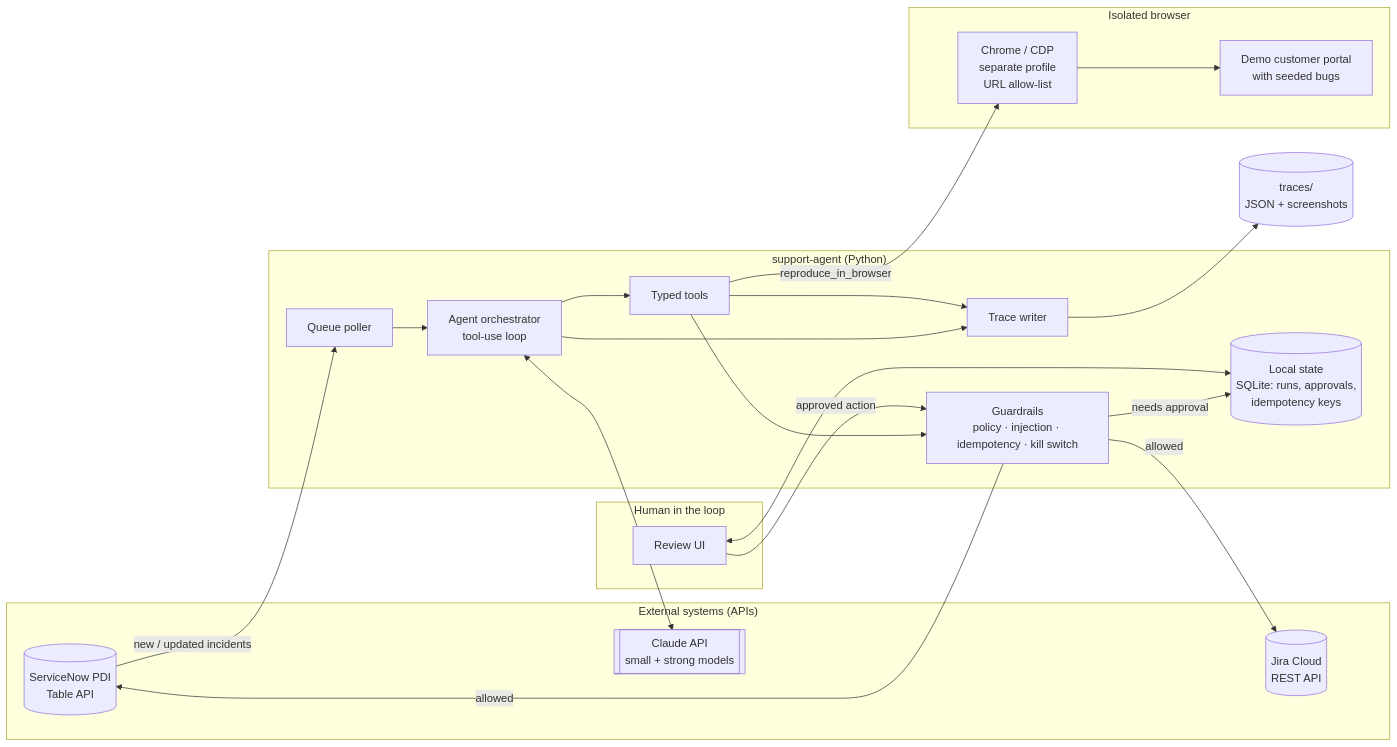
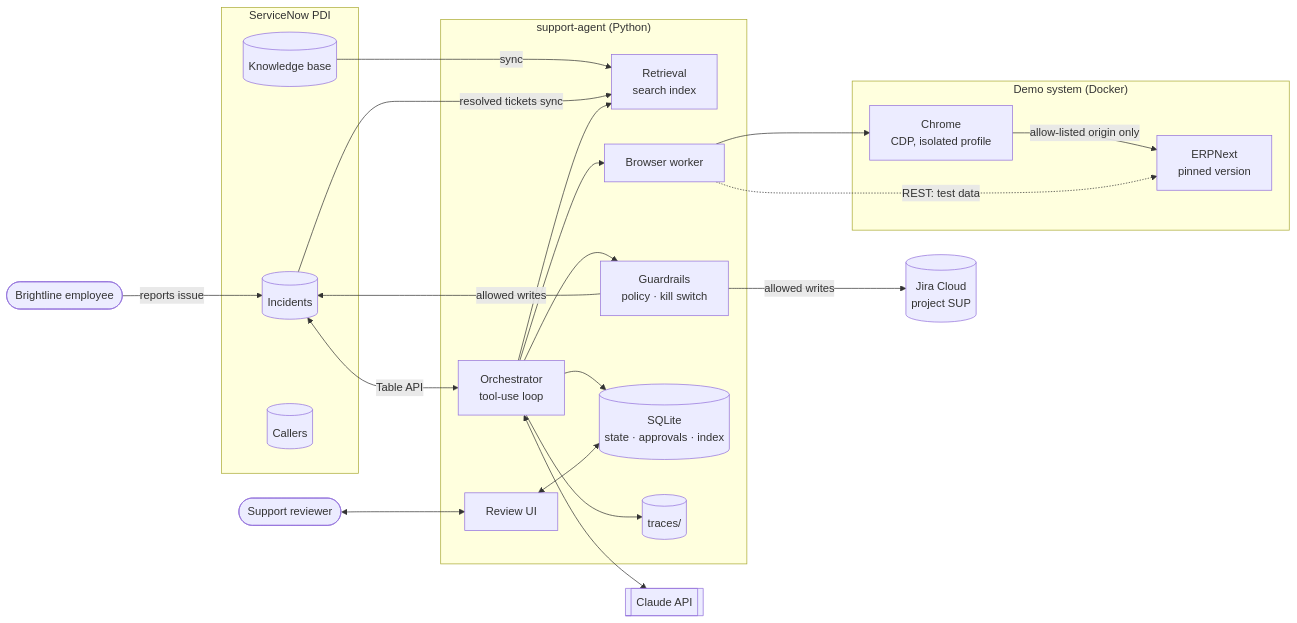
One commit to juliavasan/support-agent changed the first of 5 diagrams in docs/ARCHITECTURE.md. Above: the diagram before and after it, drawn with Mermaid. The commit also changed other lines of this file and 5 other files, not shown here.

First line of the commit message:
Document architecture: ERPNext demo system, retrieval, Jira, identities

````diff
--- a/docs/ARCHITECTURE.md
+++ b/docs/ARCHITECTURE.md
@@ -16,42 +36,43 @@
 ```mermaid
 flowchart LR
-    subgraph External["External systems (APIs)"]
-        SN[(ServiceNow PDI<br/>Table API)]
-        JR[(Jira Cloud<br/>REST API)]
-        LLM[[Claude API<br/>small + strong models]]
+    U([Brightline employee]) -->|reports issue| SN
+
+    subgraph SNOW["ServiceNow PDI"]
+        SN[(Incidents)]
+        KB[(Knowledge base)]
+        USR[(Callers)]
     end
 
-    subgraph Agent["support-agent (Python)"]
-        POLL[Queue poller]
-        ORCH[Agent orchestrator<br/>tool-use loop]
-        TOOLS[Typed tools]
-        GUARD[Guardrails<br/>policy · injection · idempotency · kill switch]
-        STORE[(Local state<br/>SQLite: runs, approvals,<br/>idempotency keys)]
-        TRACE[Trace writer]
+    subgraph AGENT["support-agent (Python)"]
+        ORCH[Orchestrator<br/>tool-use loop]
+        RET[Retrieval<br/>search index]
+        GUARD[Guardrails<br/>policy · kill switch]
+        BW[Browser worker]
+        STATE[(SQLite<br/>state · approvals · index)]
+        TR[(traces/)]
+        RUI[Review UI]
     end
 
-    subgraph Human["Human in the loop"]
-        UI[Review UI]
+    subgraph DEMO["Demo system (Docker)"]
+        ERP[ERPNext<br/>pinned version]
+        CHR[Chrome<br/>CDP, isolated profile]
     end
 
-    subgraph Browser["Isolated browser"]
-        CHROME[Chrome / CDP<br/>separate profile<br/>URL allow-list]
-        DEMO[Demo customer portal<br/>with seeded bugs]
-    end
+    JIRA[(Jira Cloud<br/>project SUP)]
+    LLM[[Claude API]]
+    H([Support reviewer])
 
-    SN -->|new / updated incidents| POLL
-    POLL --> ORCH
+    SN <-->|Table API| ORCH
+    KB -->|sync| RET
+    SN -->|resolved tickets sync| RET
     ORCH <--> LLM
-    ORCH --> TOOLS
-    TOOLS --> GUARD
-    GUARD -->|allowed| SN
-    GUARD -->|allowed| JR
-    GUARD -->|needs approval| STORE
-    UI <--> STORE
-    UI -->|approved action| GUARD
-    TOOLS -->|reproduce_in_browser| CHROME
-    CHROME --> DEMO
-    ORCH --> TRACE
-    TOOLS --> TRACE
-    TRACE --> FS[(traces/<br/>JSON + screenshots)]
+    ORCH --> RET
+    ORCH --> GUARD
+    GUARD -->|allowed writes| SN
+    GUARD -->|allowed writes| JIRA
+    ORCH --> BW --> CHR -->|allow-listed origin only| ERP
+    BW -.->|REST: test data| ERP
+    ORCH --> STATE
+    ORCH --> TR
+    H <--> RUI <--> STATE
 ```
````
